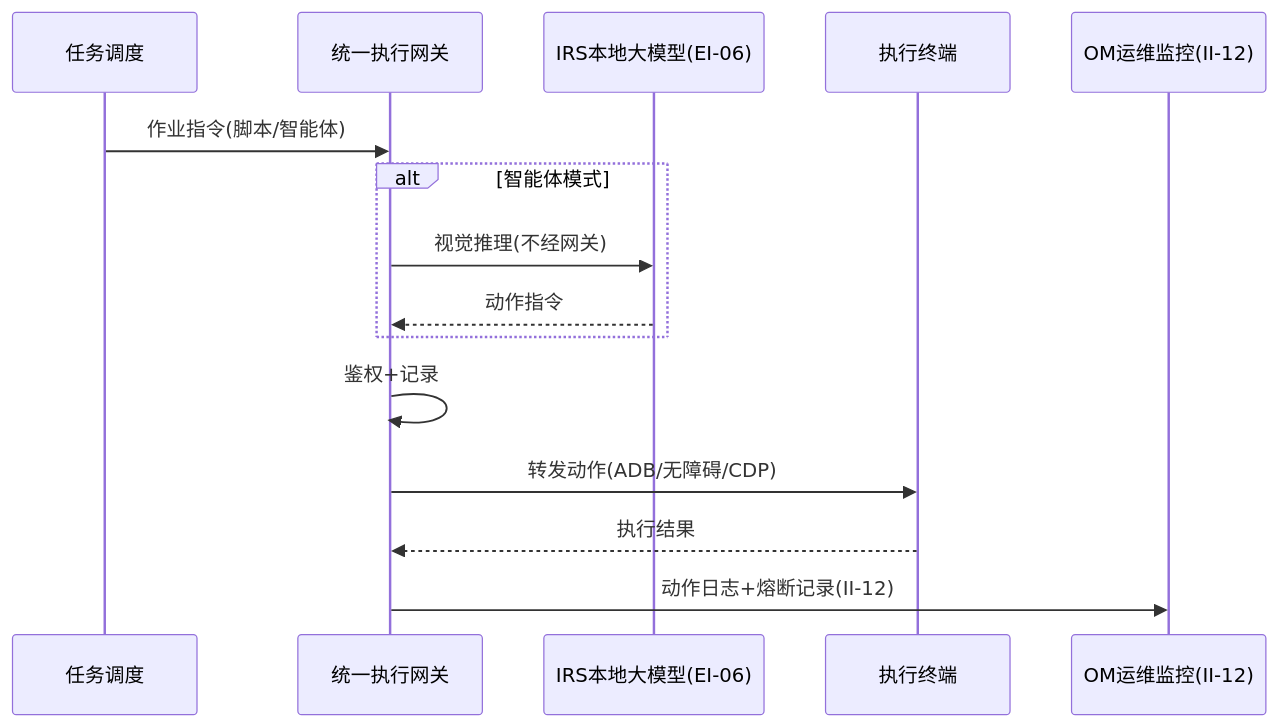
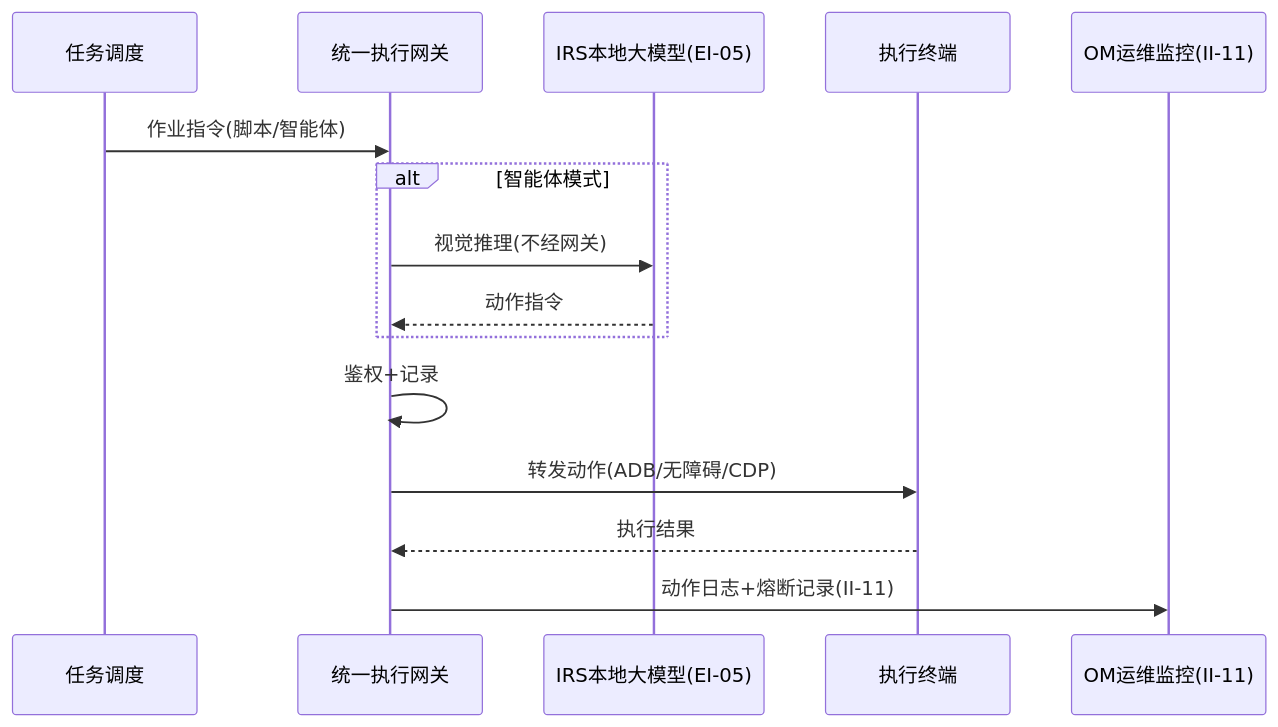
Diagram 13 of 15 in 公司项目/认知作战/文档/软件需求规格说明.md (Sj-g/obsidian), drawn with Mermaid before and after one commit. The commit also changed other lines of this file, not shown here.

````diff
--- a/公司项目/认知作战/文档/软件需求规格说明.md
+++ b/公司项目/认知作战/文档/软件需求规格说明.md
@@ -1282,17 +1282,17 @@
 ```mermaid
 sequenceDiagram
   participant 调度 as 任务调度
   participant 网关 as 统一执行网关
-  participant IRS as IRS本地大模型(EI-06)
+  participant IRS as IRS本地大模型(EI-05)
   participant 终端 as 执行终端
-  participant OM as OM运维监控(II-12)
+  participant OM as OM运维监控(II-11)
   调度->>网关: 作业指令(脚本/智能体)
   alt 智能体模式
     网关->>IRS: 视觉推理(不经网关)
     IRS-->>网关: 动作指令
   end
   网关->>网关: 鉴权+记录
   网关->>终端: 转发动作(ADB/无障碍/CDP)
   终端-->>网关: 执行结果
-  网关->>OM: 动作日志+熔断记录(II-12)
+  网关->>OM: 动作日志+熔断记录(II-11)
 ```
````
